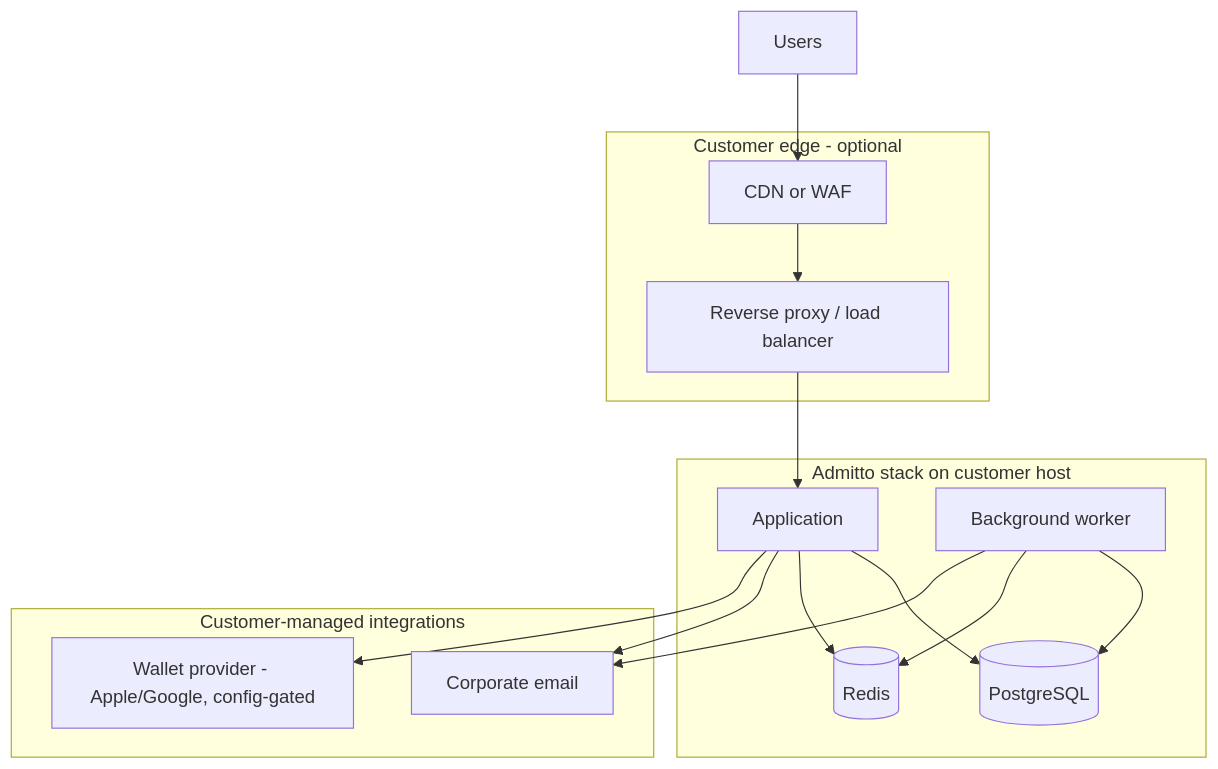
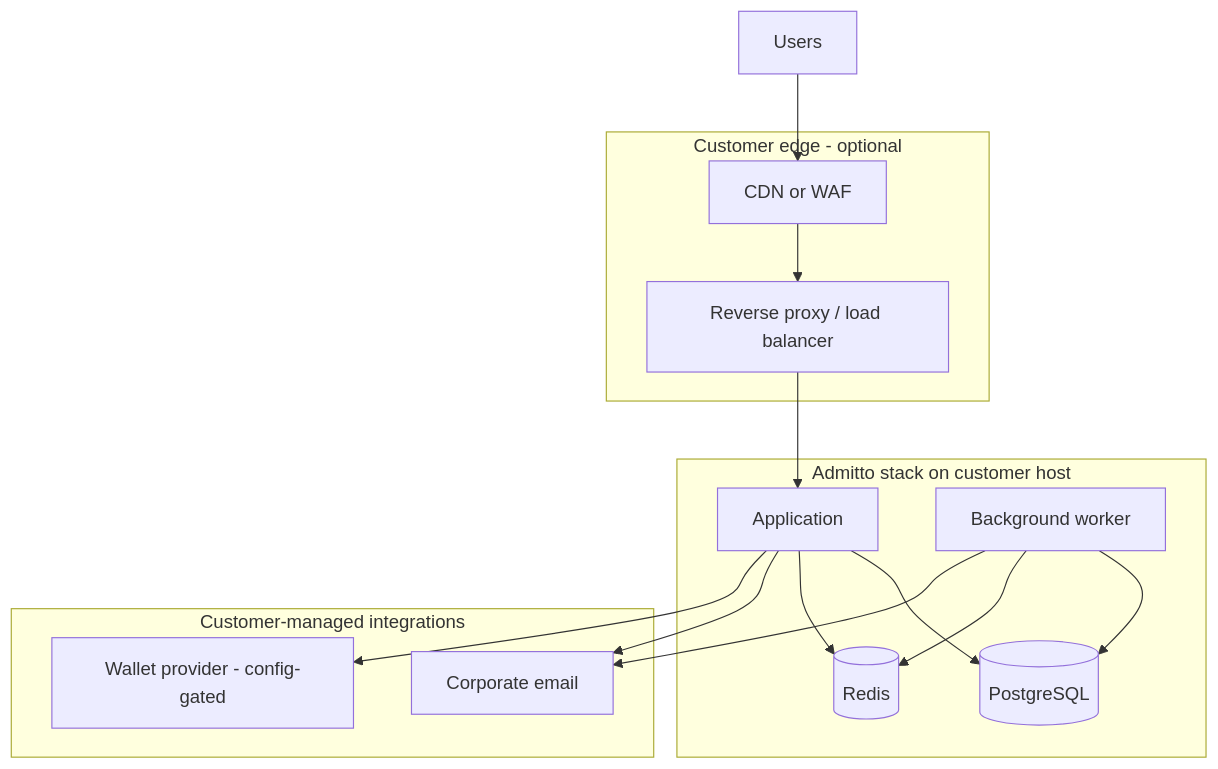
The first of 2 diagrams in docs/security/ARCHITECTURE-FOR-AUDITORS.md (solarssk/admitto), drawn with Mermaid before and after one commit. The commit also changed other lines of this file, not shown here.

First line of the commit message:
docs(security): describe wallet passes generically, not as Apple/Google-only

````diff
--- a/docs/security/ARCHITECTURE-FOR-AUDITORS.md
+++ b/docs/security/ARCHITECTURE-FOR-AUDITORS.md
@@ -45,27 +45,27 @@
 ```mermaid
 flowchart TB
   subgraph edge [Customer edge - optional]
     CDN[CDN or WAF]
     RP[Reverse proxy / load balancer]
   end
   subgraph stack [Admitto stack on customer host]
     APP[Application]
     WORKER[Background worker]
     PG[(PostgreSQL)]
     RD[(Redis)]
   end
   subgraph external [Customer-managed integrations]
     Mail[Corporate email]
-    Wallet[Wallet provider - Apple/Google, config-gated]
+    Wallet[Wallet provider - config-gated]
   end
   Users[Users] --> CDN
   CDN --> RP
   RP --> APP
   APP --> PG
   APP --> RD
   APP --> Mail
   APP --> Wallet
   WORKER --> PG
   WORKER --> RD
   WORKER --> Mail
 ```
````
